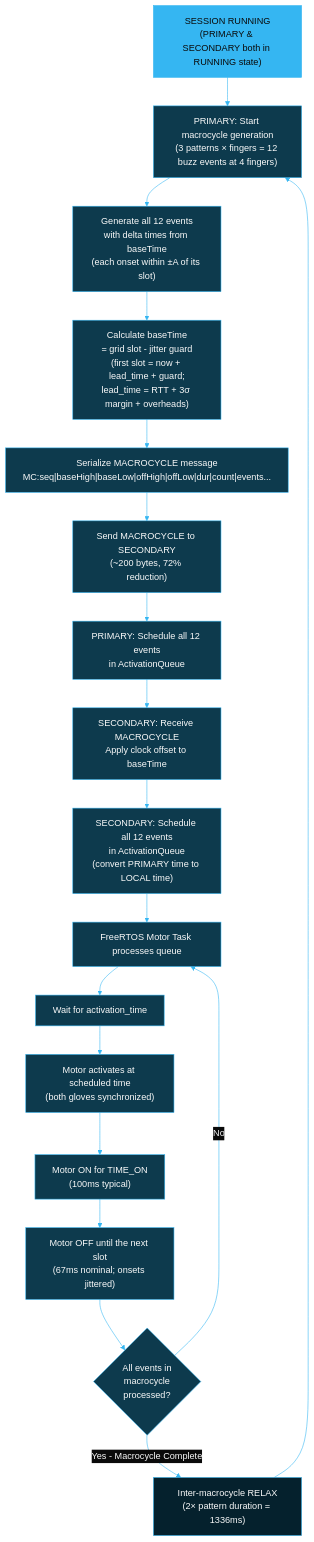
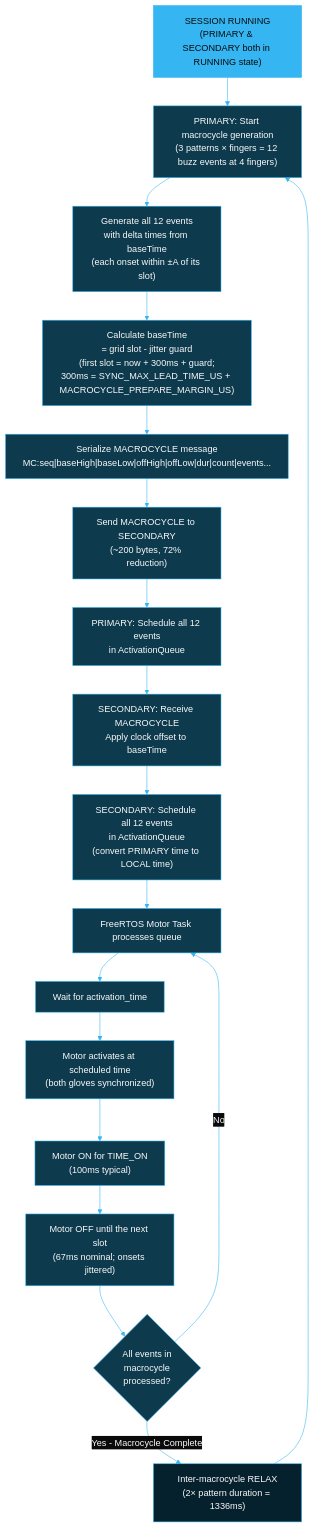
One commit to BlueBuzzah/BlueBuzzah-Firmware changed the third of 11 diagrams in docs/THERAPY_SESSION_FLOW.md. Above: the diagram before and after it, drawn with Mermaid. The commit also changed other lines of this file and 2 other files, not shown here.

Commit message:
docs(sync): every macrocycle goes out 300 ms ahead; motor task late drops

````diff
--- a/docs/THERAPY_SESSION_FLOW.md
+++ b/docs/THERAPY_SESSION_FLOW.md
@@ -178,54 +178,54 @@
 ```mermaid
 %%{init: {'theme': 'base', 'themeVariables': {
   'primaryColor': '#0d3a4d',
   'primaryTextColor': '#fafafa',
   'primaryBorderColor': '#35B6F2',
   'lineColor': '#35B6F2',
   'secondaryColor': '#05212D',
   'tertiaryColor': '#0a0a0a',
   'background': '#0a0a0a',
   'mainBkg': '#0d3a4d',
   'nodeBorder': '#35B6F2',
   'clusterBkg': '#05212D',
   'clusterBorder': '#35B6F2',
   'titleColor': '#fafafa',
   'edgeLabelBackground': '#0a0a0a'
 }}}%%
 flowchart TD
     A["SESSION RUNNING<br/>(PRIMARY & SECONDARY both in RUNNING state)"]
 
     A --> B["PRIMARY: Start macrocycle generation<br/>(3 patterns × fingers = 12 buzz events at 4 fingers)"]
 
     B --> C["Generate all 12 events<br/>with delta times from baseTime<br/>(each onset within ±A of its slot)"]
 
-    C --> D["Calculate baseTime<br/>= grid slot - jitter guard<br/>(first slot = now + lead_time + guard;<br/>lead_time = RTT + 3σ margin + overheads)"]
+    C --> D["Calculate baseTime<br/>= grid slot - jitter guard<br/>(first slot = now + 300ms + guard;<br/>300ms = SYNC_MAX_LEAD_TIME_US + MACROCYCLE_PREPARE_MARGIN_US)"]
 
     D --> E["Serialize MACROCYCLE message<br/>MC:seq|baseHigh|baseLow|offHigh|offLow|dur|count|events..."]
 
     E --> F["Send MACROCYCLE to SECONDARY<br/>(~200 bytes, 72% reduction)"]
 
     F --> G["PRIMARY: Schedule all 12 events<br/>in ActivationQueue"]
     G --> H["SECONDARY: Receive MACROCYCLE<br/>Apply clock offset to baseTime"]
     H --> I["SECONDARY: Schedule all 12 events<br/>in ActivationQueue<br/>(convert PRIMARY time to LOCAL time)"]
 
     I --> J["FreeRTOS Motor Task processes queue"]
 
     J --> K["Wait for activation_time"]
 
     K --> L["Motor activates at scheduled time<br/>(both gloves synchronized)"]
 
     L --> M["Motor ON for TIME_ON<br/>(100ms typical)"]
 
     M --> N["Motor OFF until the next slot<br/>(67ms nominal; onsets jittered)"]
 
     N --> O{All events in<br/>macrocycle<br/>processed?}
 
     O -->|No| J
 
     O -->|Yes - Macrocycle Complete| S["Inter-macrocycle RELAX<br/>(2× pattern duration = 1336ms)"]
 
     S --> B
 
     style A fill:#35B6F2,color:#0a0a0a
     style S fill:#05212D,color:#fafafa
 ```
````
